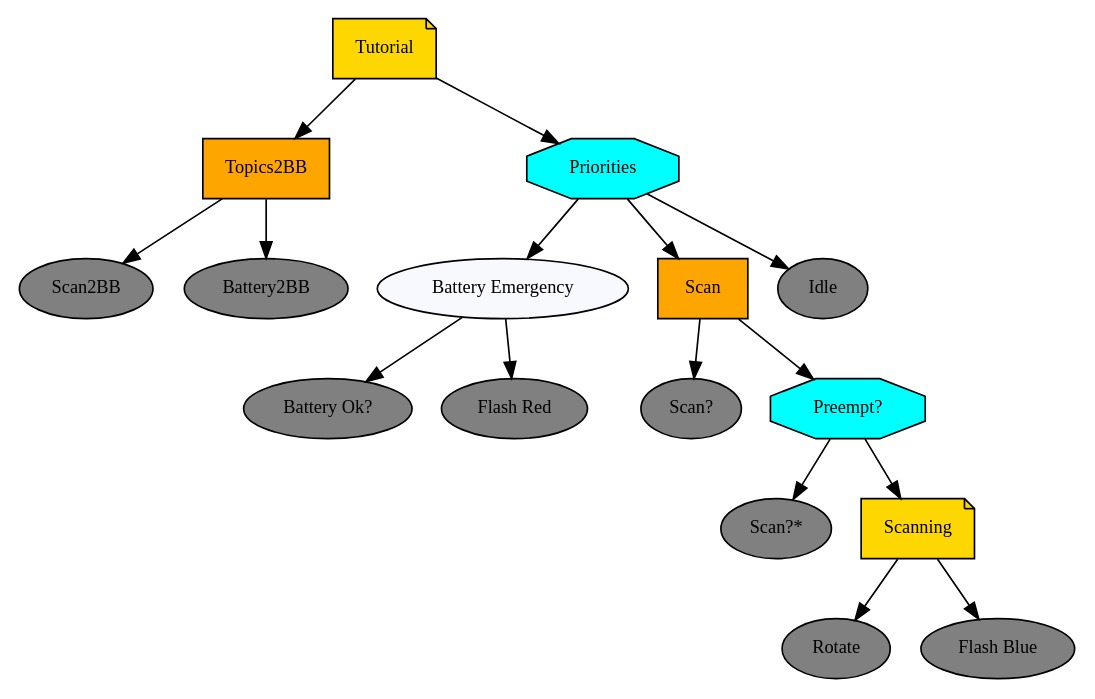
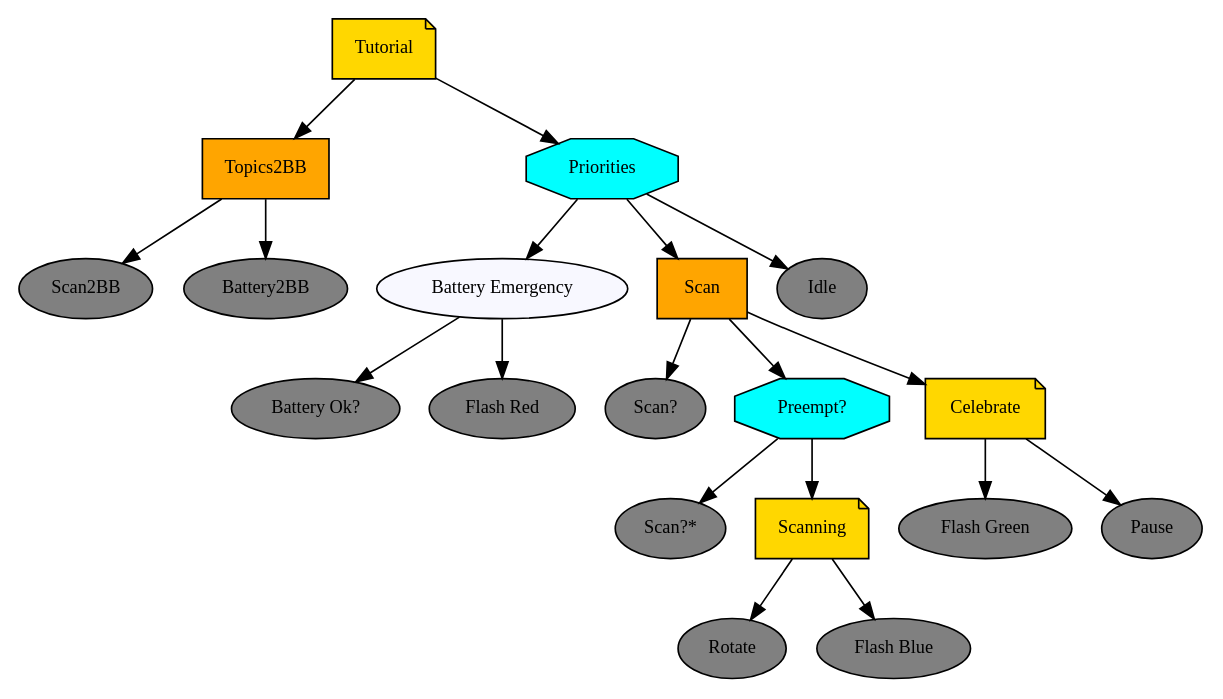
One commit to splintered-reality/py_trees_ros changed the diagram in doc/dot/tutorial-five.dot. Above: the diagram before and after it, drawn with Graphviz. The commit also changed 4 other files, not shown here.

```diff
--- a/doc/dot/tutorial-five.dot
+++ b/doc/dot/tutorial-five.dot
@@ -1,36 +1,42 @@
 digraph tutorial {
 graph [fontname="times-roman"];
 node [fontname="times-roman"];
 edge [fontname="times-roman"];
 Tutorial [fillcolor=gold, fontcolor=black, fontsize=11, shape=note, style=filled];
 Topics2BB [fillcolor=orange, fontcolor=black, fontsize=11, shape=box, style=filled];
 Tutorial -> Topics2BB;
 Scan2BB [fillcolor=gray, fontcolor=black, fontsize=11, shape=ellipse, style=filled];
 Topics2BB -> Scan2BB;
 Battery2BB [fillcolor=gray, fontcolor=black, fontsize=11, shape=ellipse, style=filled];
 Topics2BB -> Battery2BB;
 Priorities [fillcolor=cyan, fontcolor=black, fontsize=11, shape=octagon, style=filled];
 Tutorial -> Priorities;
 "Battery Emergency" [fillcolor=ghostwhite, fontcolor=black, fontsize=11, shape=ellipse, style=filled];
 Priorities -> "Battery Emergency";
 "Battery Ok?" [fillcolor=gray, fontcolor=black, fontsize=11, shape=ellipse, style=filled];
 "Battery Emergency" -> "Battery Ok?";
 "Flash Red" [fillcolor=gray, fontcolor=black, fontsize=11, shape=ellipse, style=filled];
 "Battery Emergency" -> "Flash Red";
 Scan [fillcolor=orange, fontcolor=black, fontsize=11, shape=box, style=filled];
 Priorities -> Scan;
 "Scan?" [fillcolor=gray, fontcolor=black, fontsize=11, shape=ellipse, style=filled];
 Scan -> "Scan?";
 "Preempt?" [fillcolor=cyan, fontcolor=black, fontsize=11, shape=octagon, style=filled];
 Scan -> "Preempt?";
 "Scan?*" [fillcolor=gray, fontcolor=black, fontsize=11, shape=ellipse, style=filled];
 "Preempt?" -> "Scan?*";
 Scanning [fillcolor=gold, fontcolor=black, fontsize=11, shape=note, style=filled];
 "Preempt?" -> Scanning;
 Rotate [fillcolor=gray, fontcolor=black, fontsize=11, shape=ellipse, style=filled];
 Scanning -> Rotate;
 "Flash Blue" [fillcolor=gray, fontcolor=black, fontsize=11, shape=ellipse, style=filled];
 Scanning -> "Flash Blue";
+Celebrate [fillcolor=gold, fontcolor=black, fontsize=11, shape=note, style=filled];
+Scan -> Celebrate;
+"Flash Green" [fillcolor=gray, fontcolor=black, fontsize=11, shape=ellipse, style=filled];
+Celebrate -> "Flash Green";
+Pause [fillcolor=gray, fontcolor=black, fontsize=11, shape=ellipse, style=filled];
+Celebrate -> Pause;
 Idle [fillcolor=gray, fontcolor=black, fontsize=11, shape=ellipse, style=filled];
 Priorities -> Idle;
 }
```
